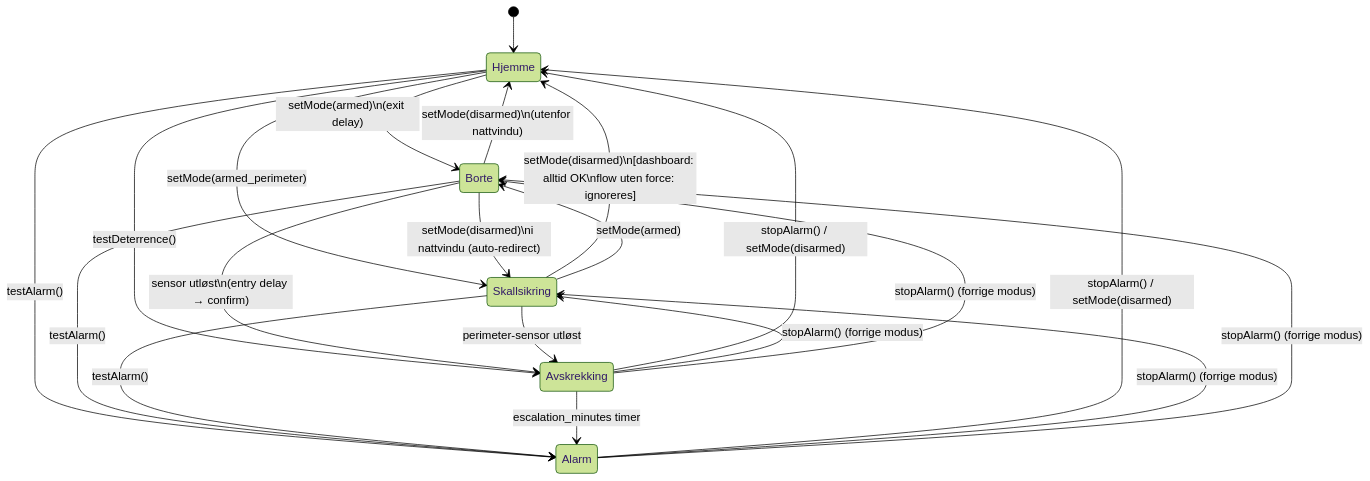
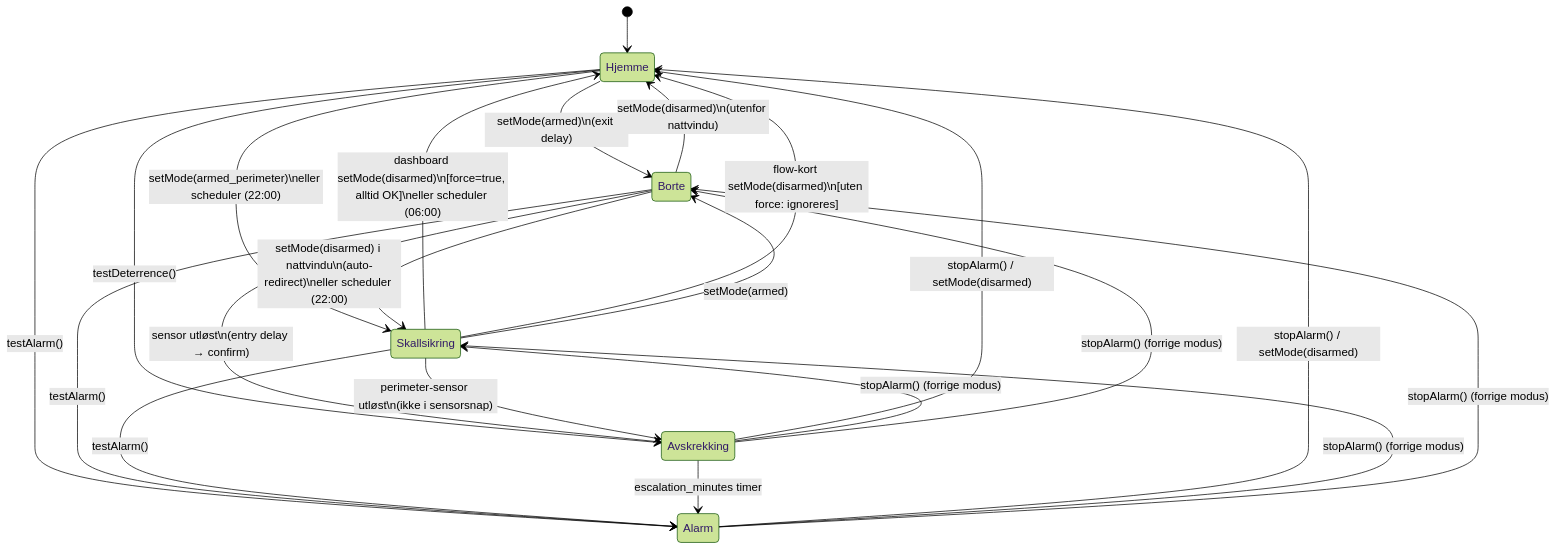
The second of 5 diagrams in README.md (thomasekdahlN/mccallisterguard), drawn with Mermaid (forest theme) before and after one commit. The commit also changed other lines of this file, not shown here.

First line of the commit message:
docs: update all Mermaid diagrams

````diff
--- a/README.md
+++ b/README.md
@@ -98,28 +99,29 @@
 ```mermaid
 stateDiagram-v2
   [*] --> Hjemme
 
   Hjemme --> Borte: setMode(armed)\n(exit delay)
-  Hjemme --> Skallsikring: setMode(armed_perimeter)
+  Hjemme --> Skallsikring: setMode(armed_perimeter)\neller scheduler (22:00)
   Hjemme --> Avskrekking: testDeterrence()
   Hjemme --> Alarm: testAlarm()
 
   Borte --> Hjemme: setMode(disarmed)\n(utenfor nattvindu)
-  Borte --> Skallsikring: setMode(disarmed)\ni nattvindu (auto-redirect)
+  Borte --> Skallsikring: setMode(disarmed) i nattvindu\n(auto-redirect)\neller scheduler (22:00)
   Borte --> Avskrekking: sensor utløst\n(entry delay → confirm)
   Borte --> Alarm: testAlarm()
 
-  Skallsikring --> Hjemme: setMode(disarmed)\n[dashboard: alltid OK\nflow uten force: ignoreres]
+  Skallsikring --> Hjemme: dashboard setMode(disarmed)\n[force=true, alltid OK]\neller scheduler (06:00)
+  Skallsikring --> Hjemme: flow-kort setMode(disarmed)\n[uten force: ignoreres]
   Skallsikring --> Borte: setMode(armed)
-  Skallsikring --> Avskrekking: perimeter-sensor utløst
+  Skallsikring --> Avskrekking: perimeter-sensor utløst\n(ikke i sensorsnap)
   Skallsikring --> Alarm: testAlarm()
 
   Avskrekking --> Alarm: escalation_minutes timer
   Avskrekking --> Hjemme: stopAlarm() / setMode(disarmed)
   Avskrekking --> Skallsikring: stopAlarm() (forrige modus)
   Avskrekking --> Borte: stopAlarm() (forrige modus)
 
   Alarm --> Hjemme: stopAlarm() / setMode(disarmed)
   Alarm --> Skallsikring: stopAlarm() (forrige modus)
   Alarm --> Borte: stopAlarm() (forrige modus)
 ```
````
